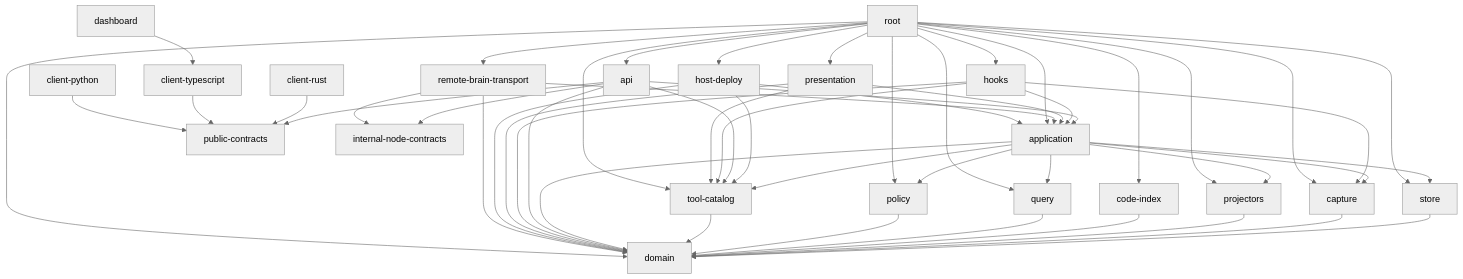
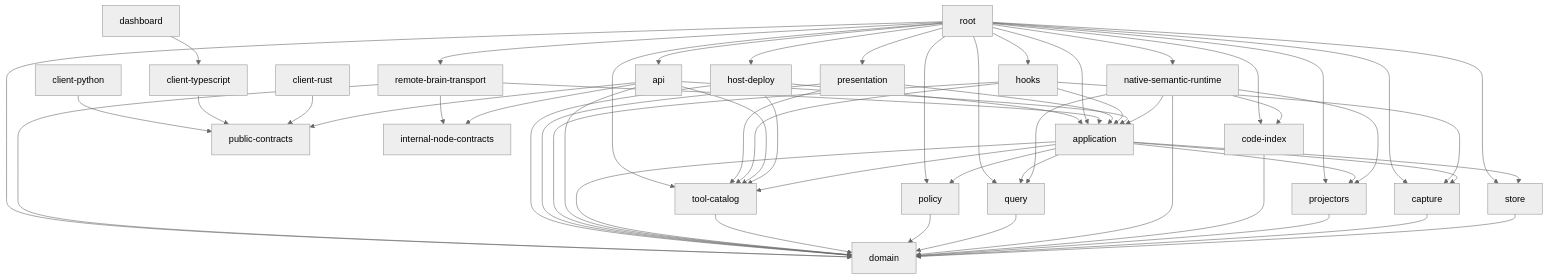
Before and after one commit to ScriptedAlchemy/tracedecay: the diagram in docs/architecture/v2/generated/dependency-dag.md, drawn with Mermaid (neutral theme). The commit also changed 22 other files, not shown here.

Commit message:
docs(v2): plan native semantic code search

````diff
--- a/docs/architecture/v2/generated/dependency-dag.md
+++ b/docs/architecture/v2/generated/dependency-dag.md
@@ -4,53 +4,59 @@
 ```mermaid
 flowchart TD
   store["store"] --> domain["domain"]
   capture["capture"] --> domain["domain"]
   projectors["projectors"] --> domain["domain"]
   code_index["code-index"] --> domain["domain"]
+  native_semantic_runtime["native-semantic-runtime"] --> domain["domain"]
+  native_semantic_runtime["native-semantic-runtime"] --> code_index["code-index"]
+  native_semantic_runtime["native-semantic-runtime"] --> projectors["projectors"]
+  native_semantic_runtime["native-semantic-runtime"] --> query["query"]
+  native_semantic_runtime["native-semantic-runtime"] --> application["application"]
   query["query"] --> domain["domain"]
   policy["policy"] --> domain["domain"]
   tool_catalog["tool-catalog"] --> domain["domain"]
   application["application"] --> domain["domain"]
   application["application"] --> store["store"]
   application["application"] --> capture["capture"]
   application["application"] --> projectors["projectors"]
   application["application"] --> query["query"]
   application["application"] --> policy["policy"]
   application["application"] --> tool_catalog["tool-catalog"]
   api["api"] --> application["application"]
   api["api"] --> public_contracts["public-contracts"]
   hooks["hooks"] --> application["application"]
   presentation["presentation"] --> application["application"]
   host_deploy["host-deploy"] --> tool_catalog["tool-catalog"]
   remote_brain_transport["remote-brain-transport"] --> application["application"]
   client_rust["client-rust"] --> public_contracts["public-contracts"]
   client_typescript["client-typescript"] --> public_contracts["public-contracts"]
   client_python["client-python"] --> public_contracts["public-contracts"]
   dashboard["dashboard"] --> client_typescript["client-typescript"]
   root["root"] --> application["application"]
   root["root"] --> api["api"]
   root["root"] --> hooks["hooks"]
   root["root"] --> presentation["presentation"]
   root["root"] --> host_deploy["host-deploy"]
   root["root"] --> remote_brain_transport["remote-brain-transport"]
   api["api"] --> domain["domain"]
   api["api"] --> tool_catalog["tool-catalog"]
   api["api"] --> internal_node_contracts["internal-node-contracts"]
   hooks["hooks"] --> domain["domain"]
   hooks["hooks"] --> capture["capture"]
   hooks["hooks"] --> tool_catalog["tool-catalog"]
   presentation["presentation"] --> domain["domain"]
   presentation["presentation"] --> tool_catalog["tool-catalog"]
   host_deploy["host-deploy"] --> domain["domain"]
   host_deploy["host-deploy"] --> application["application"]
   remote_brain_transport["remote-brain-transport"] --> domain["domain"]
   remote_brain_transport["remote-brain-transport"] --> internal_node_contracts["internal-node-contracts"]
   root["root"] --> domain["domain"]
   root["root"] --> store["store"]
   root["root"] --> capture["capture"]
   root["root"] --> projectors["projectors"]
   root["root"] --> code_index["code-index"]
+  root["root"] --> native_semantic_runtime["native-semantic-runtime"]
   root["root"] --> query["query"]
   root["root"] --> policy["policy"]
   root["root"] --> tool_catalog["tool-catalog"]
 ```
````
